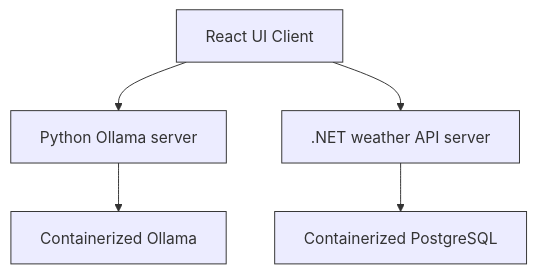
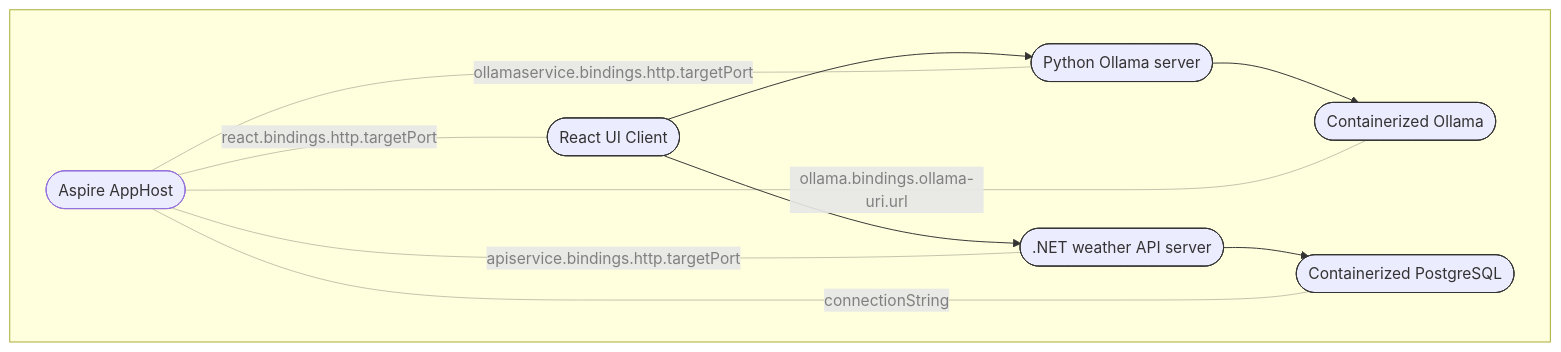
One commit to CynicDog/Aspiring-Ollama changed the diagram in README.md. Above: the diagram before and after it, drawn with Mermaid.

````diff
--- a/README.md
+++ b/README.md
@@ -2,10 +2,18 @@
 ``` mermaid
 flowchart TD
-    A[React UI Client] --> B[Python Ollama server]
-    B --> E[Containerized Ollama]
-    A --> C[.NET weather API server]
-    C --> D[Containerized PostgreSQL]
-   
+    subgraph " "
+        A([React UI Client]) --> B([Python Ollama server])
+        B --> E([Containerized Ollama])
+        A --> C([.NET weather API server])
+        C --> D([Containerized PostgreSQL])
+        F([Aspire AppHost]) --- |react.bindings.http.targetPort| A
+        F --- |ollamaservice.bindings.http.targetPort| B
+        F --- |apiservice.bindings.http.targetPort| C
+        F --- |connectionString| D
+        F --- |ollama.bindings.ollama-uri.url| E
+    end 
     classDef container stroke:#333,stroke-width:1px;
-    class A,B,C,D,E,F container;
+    class A,B,C,D,E container;
+
+    linkStyle 4,5,6,7,8 stroke-width:.3px,color:grey;
 ```
````
